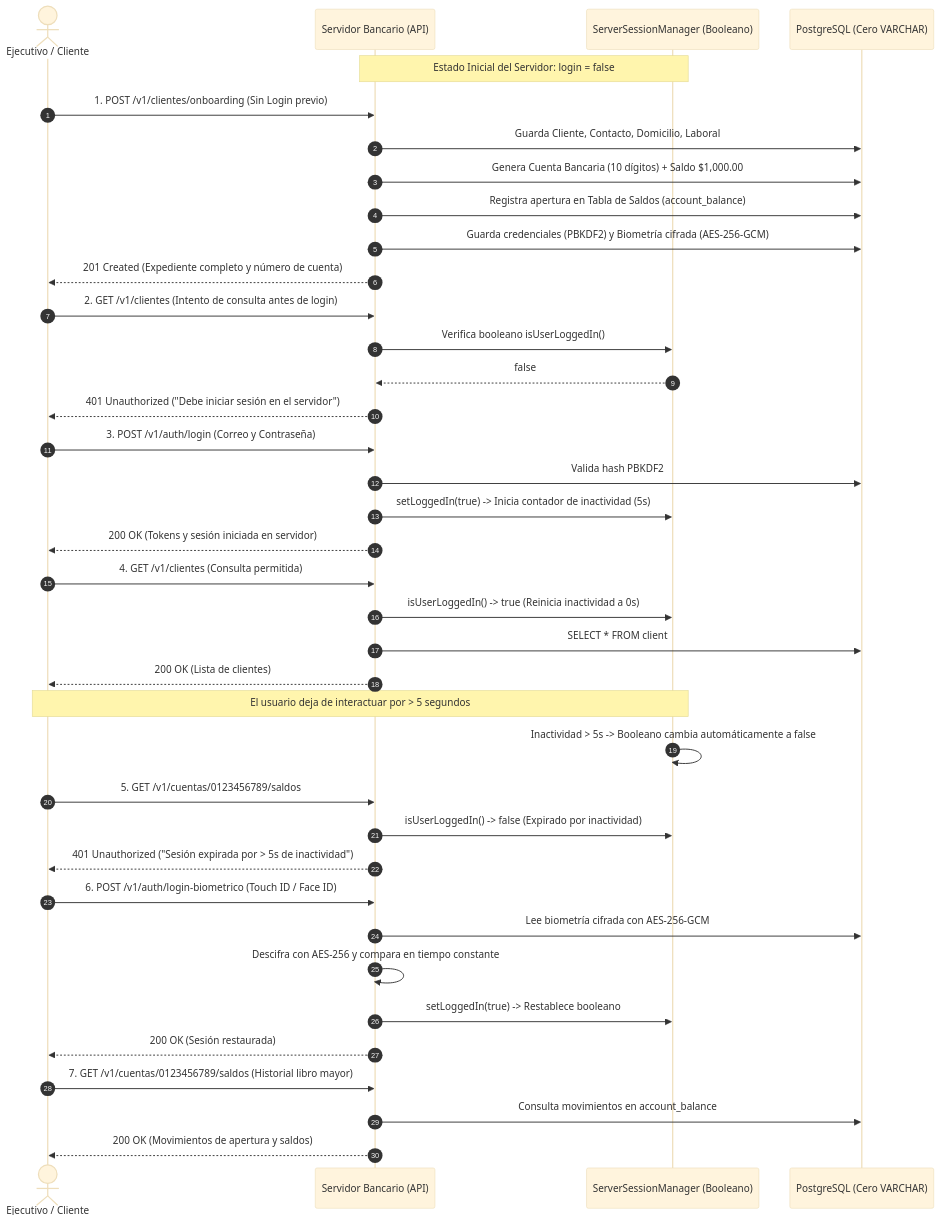
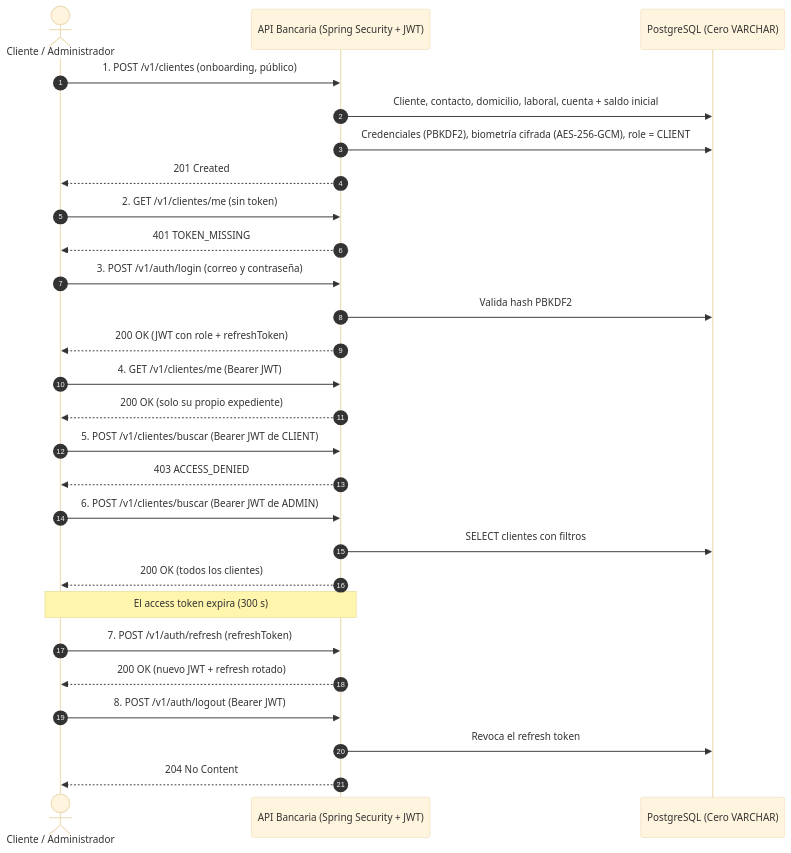
Before and after one commit to gus-p3/U1_Banco_API: the second of 2 diagrams in README.md, drawn with Mermaid (base theme). The commit also changed other lines of this file and 46 other files, not shown here.

First line of the commit message:
feat(security): JWT stateless con roles CLIENT/ADMIN y cobertura >80% para SonarQube

````diff
--- a/README.md
+++ b/README.md
@@ -225,48 +239,37 @@
 ```mermaid
 sequenceDiagram
     autonumber
-    actor Ejecutivo as Ejecutivo / Cliente
-    participant Server as Servidor Bancario (API)
-    participant Auth as ServerSessionManager (Booleano)
+    actor Usuario as Cliente / Administrador
+    participant API as API Bancaria (Spring Security + JWT)
     participant DB as PostgreSQL (Cero VARCHAR)
 
-    Note over Server,Auth: Estado Inicial del Servidor: login = false
-    Ejecutivo->>Server: 1. POST /v1/clientes/onboarding (Sin Login previo)
-    Server->>DB: Guarda Cliente, Contacto, Domicilio, Laboral
-    Server->>DB: Genera Cuenta Bancaria (10 dígitos) + Saldo $1,000.00
-    Server->>DB: Registra apertura en Tabla de Saldos (account_balance)
-    Server->>DB: Guarda credenciales (PBKDF2) y Biometría cifrada (AES-256-GCM)
-    Server-->>Ejecutivo: 201 Created (Expediente completo y número de cuenta)
+    Usuario->>API: 1. POST /v1/clientes (onboarding, público)
+    API->>DB: Cliente, contacto, domicilio, laboral, cuenta + saldo inicial
+    API->>DB: Credenciales (PBKDF2), biometría cifrada (AES-256-GCM), role = CLIENT
+    API-->>Usuario: 201 Created
 
-    Ejecutivo->>Server: 2. GET /v1/clientes (Intento de consulta antes de login)
-    Server->>Auth: Verifica booleano isUserLoggedIn()
-    Auth-->>Server: false
-    Server-->>Ejecutivo: 401 Unauthorized ("Debe iniciar sesión en el servidor")
+    Usuario->>API: 2. GET /v1/clientes/me (sin token)
+    API-->>Usuario: 401 TOKEN_MISSING
 
-    Ejecutivo->>Server: 3. POST /v1/auth/login (Correo y Contraseña)
-    Server->>DB: Valida hash PBKDF2
-    Server->>Auth: setLoggedIn(true) -> Inicia contador de inactividad (5s)
-    Server-->>Ejecutivo: 200 OK (Tokens y sesión iniciada en servidor)
+    Usuario->>API: 3. POST /v1/auth/login (correo y contraseña)
+    API->>DB: Valida hash PBKDF2
+    API-->>Usuario: 200 OK (JWT con role + refreshToken)
 
-    Ejecutivo->>Server: 4. GET /v1/clientes (Consulta permitida)
-    Server->>Auth: isUserLoggedIn() -> true (Reinicia inactividad a 0s)
-    Server->>DB: SELECT * FROM client
-    Server-->>Ejecutivo: 200 OK (Lista de clientes)
+    Usuario->>API: 4. GET /v1/clientes/me (Bearer JWT)
+    API-->>Usuario: 200 OK (solo su propio expediente)
 
-    Note over Ejecutivo,Auth: El usuario deja de interactuar por > 5 segundos
-    Auth->>Auth: Inactividad > 5s -> Booleano cambia automáticamente a false
+    Usuario->>API: 5. POST /v1/clientes/buscar (Bearer JWT de CLIENT)
+    API-->>Usuario: 403 ACCESS_DENIED
 
-    Ejecutivo->>Server: 5. GET /v1/cuentas/0123456789/saldos
-    Server->>Auth: isUserLoggedIn() -> false (Expirado por inactividad)
-    Server-->>Ejecutivo: 401 Unauthorized ("Sesión expirada por > 5s de inactividad")
+    Usuario->>API: 6. POST /v1/clientes/buscar (Bearer JWT de ADMIN)
+    API->>DB: SELECT clientes con filtros
+    API-->>Usuario: 200 OK (todos los clientes)
 
-    Ejecutivo->>Server: 6. POST /v1/auth/login-biometrico (Touch ID / Face ID)
-    Server->>DB: Lee biometría cifrada con AES-256-GCM
-    Server->>Server: Descifra con AES-256 y compara en tiempo constante
-    Server->>Auth: setLoggedIn(true) -> Restablece booleano
-    Server-->>Ejecutivo: 200 OK (Sesión restaurada)
+    Note over Usuario,API: El access token expira (300 s)
+    Usuario->>API: 7. POST /v1/auth/refresh (refreshToken)
+    API-->>Usuario: 200 OK (nuevo JWT + refresh rotado)
 
-    Ejecutivo->>Server: 7. GET /v1/cuentas/0123456789/saldos (Historial libro mayor)
-    Server->>DB: Consulta movimientos en account_balance
-    Server-->>Ejecutivo: 200 OK (Movimientos de apertura y saldos)
+    Usuario->>API: 8. POST /v1/auth/logout (Bearer JWT)
+    API->>DB: Revoca el refresh token
+    API-->>Usuario: 204 No Content
 ```
````
